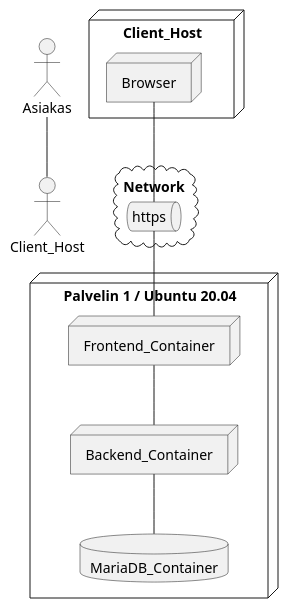
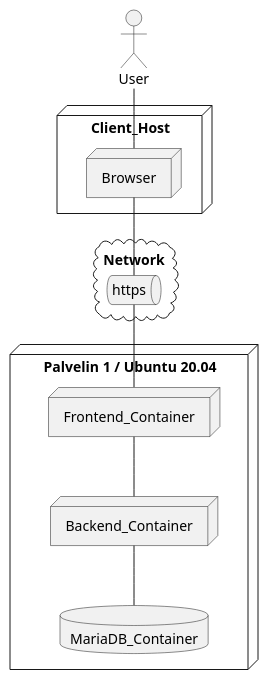
Before and after one commit to ninaleo/ransut-core: the fourth of 5 diagrams in dokumentit/20-Vaatimustenhallinta/vaatimusmaaritely-tiivis.md, drawn with PlantUML.

````diff
--- a/dokumentit/20-Vaatimustenhallinta/vaatimusmaaritely-tiivis.md
+++ b/dokumentit/20-Vaatimustenhallinta/vaatimusmaaritely-tiivis.md
@@ -263,31 +263,30 @@
 ```plantuml
 @startuml
-actor Asiakas
-
+actor User
 node "Client_Host" as WIN10{
 node "Browser"{
 }
 }
 
 cloud "Network" as net{
 queue "https"{
 }
 }
 
 node "Palvelin 1 / Ubuntu 20.04" as AWS{ 
 node "Frontend_Container"{ 
 }
 node "Backend_Container" {
 }
 database "MariaDB_Container" {
 }
 
 }
-Asiakas -- Client_Host
+User -- Browser
 Browser -- https
 https -- Frontend_Container
 Frontend_Container -- Backend_Container
 Backend_Container -- MariaDB_Container
 
 @enduml
 ```
````
